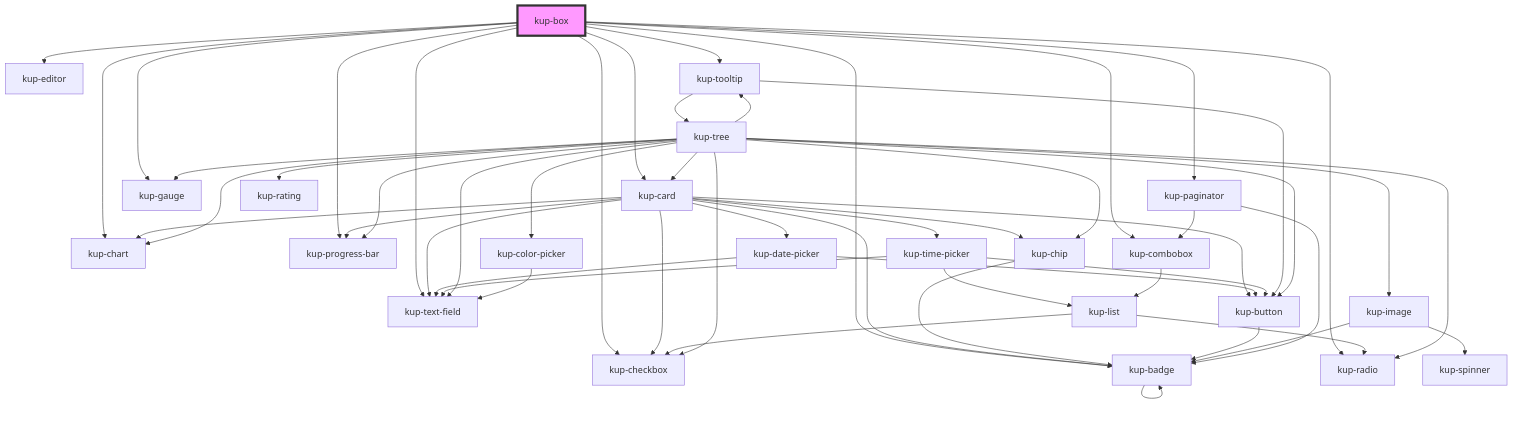
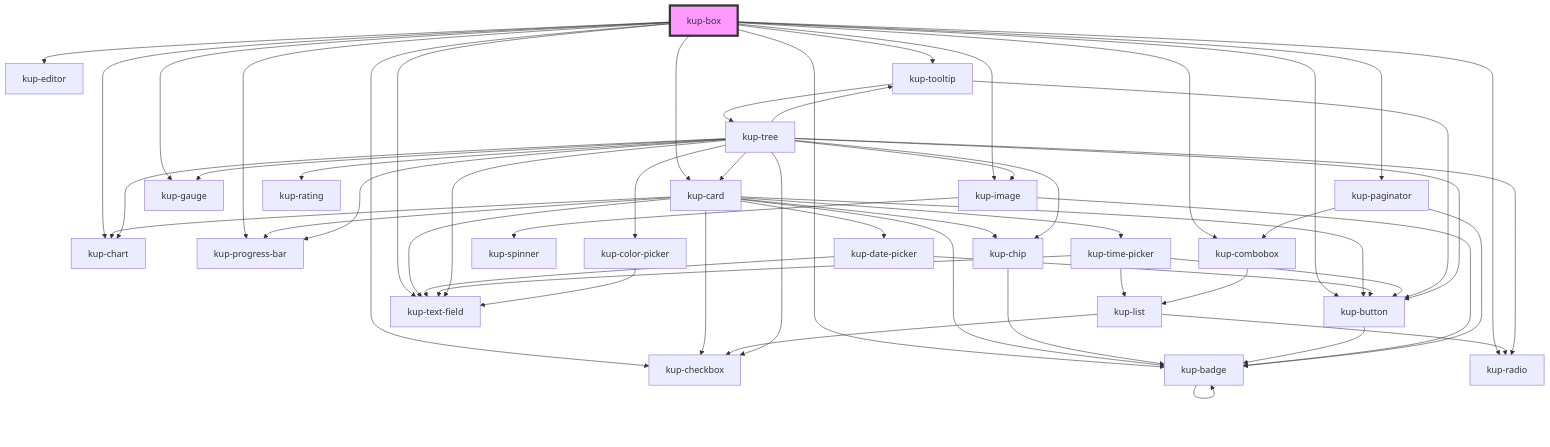
Before and after one commit to smeup/ketchup: the diagram in packages/ketchup/src/components/kup-box/readme.md, drawn with Mermaid. The commit also changed other lines of this file and 10 other files, not shown here.

````diff
--- a/packages/ketchup/src/components/kup-box/readme.md
+++ b/packages/ketchup/src/components/kup-box/readme.md
@@ -99,56 +100,58 @@
 ```mermaid
 graph TD;
   kup-box --> kup-card
   kup-box --> kup-checkbox
   kup-box --> kup-badge
+  kup-box --> kup-button
   kup-box --> kup-chart
   kup-box --> kup-editor
+  kup-box --> kup-image
   kup-box --> kup-text-field
   kup-box --> kup-progress-bar
   kup-box --> kup-radio
   kup-box --> kup-gauge
   kup-box --> kup-tooltip
   kup-box --> kup-combobox
   kup-box --> kup-paginator
   kup-card --> kup-chip
   kup-card --> kup-button
   kup-card --> kup-badge
   kup-card --> kup-progress-bar
   kup-card --> kup-chart
   kup-card --> kup-checkbox
   kup-card --> kup-date-picker
   kup-card --> kup-text-field
   kup-card --> kup-time-picker
   kup-chip --> kup-badge
   kup-badge --> kup-badge
   kup-button --> kup-badge
   kup-date-picker --> kup-text-field
   kup-date-picker --> kup-button
   kup-time-picker --> kup-text-field
   kup-time-picker --> kup-button
   kup-time-picker --> kup-list
   kup-list --> kup-radio
   kup-list --> kup-checkbox
+  kup-image --> kup-spinner
+  kup-image --> kup-badge
   kup-tooltip --> kup-button
   kup-tooltip --> kup-tree
   kup-tree --> kup-image
   kup-tree --> kup-button
   kup-tree --> kup-chart
   kup-tree --> kup-checkbox
   kup-tree --> kup-chip
   kup-tree --> kup-color-picker
   kup-tree --> kup-gauge
   kup-tree --> kup-progress-bar
   kup-tree --> kup-rating
   kup-tree --> kup-radio
   kup-tree --> kup-tooltip
   kup-tree --> kup-text-field
   kup-tree --> kup-card
-  kup-image --> kup-spinner
-  kup-image --> kup-badge
   kup-color-picker --> kup-text-field
   kup-combobox --> kup-list
   kup-paginator --> kup-combobox
   kup-paginator --> kup-badge
   style kup-box fill:#f9f,stroke:#333,stroke-width:4px
 ```
````
